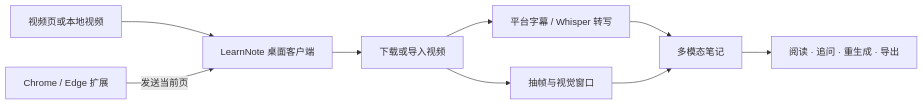
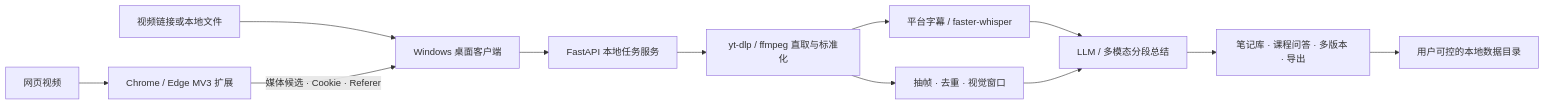
One commit to hurry060215-tech/learnnote-assistant changed the diagram in README.md. Above: the diagram before and after it, drawn with Mermaid. The commit also changed other lines of this file and 1 other file, not shown here.

````diff
--- a/README.md
+++ b/README.md
@@ -135,11 +162,14 @@
 ```mermaid
 flowchart LR
-    A[视频页或本地视频] --> B[LearnNote 桌面客户端]
-    C[Chrome / Edge 扩展] -->|发送当前页| B
-    B --> D[下载或导入视频]
-    D --> E[平台字幕 / Whisper 转写]
-    D --> F[抽帧与视觉窗口]
-    E --> G[多模态笔记]
-    F --> G
-    G --> H[阅读 · 追问 · 重生成 · 导出]
+    A["网页视频"] --> B["Chrome / Edge MV3 扩展"]
+    C["视频链接或本地文件"] --> D["Windows 桌面客户端"]
+    B -->|"媒体候选 · Cookie · Referer"| D
+    D --> E["FastAPI 本地任务服务"]
+    E --> F["yt-dlp / ffmpeg 直取与标准化"]
+    F --> G["平台字幕 / faster-whisper"]
+    F --> H["抽帧 · 去重 · 视觉窗口"]
+    G --> I["LLM / 多模态分段总结"]
+    H --> I
+    I --> J["笔记库 · 课程问答 · 多版本 · 导出"]
+    J --> K["用户可控的本地数据目录"]
 ```
````
